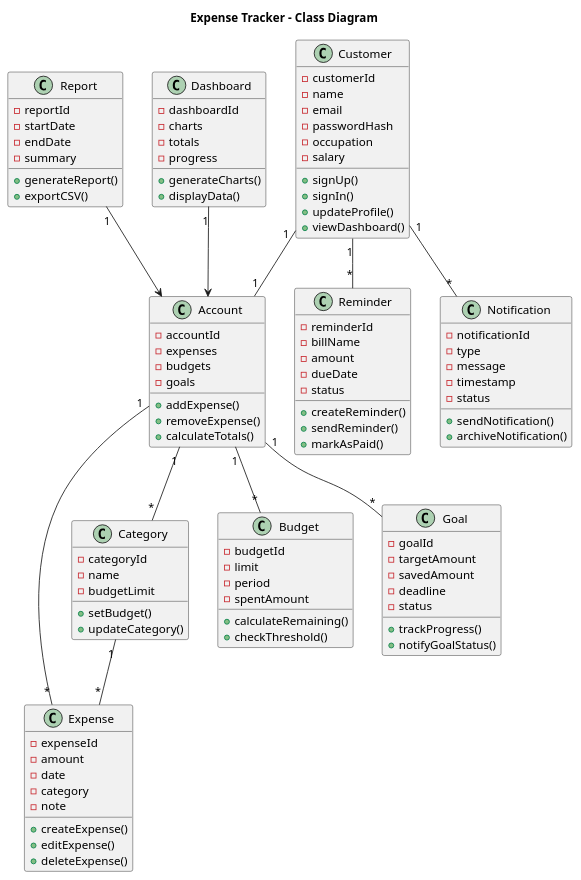
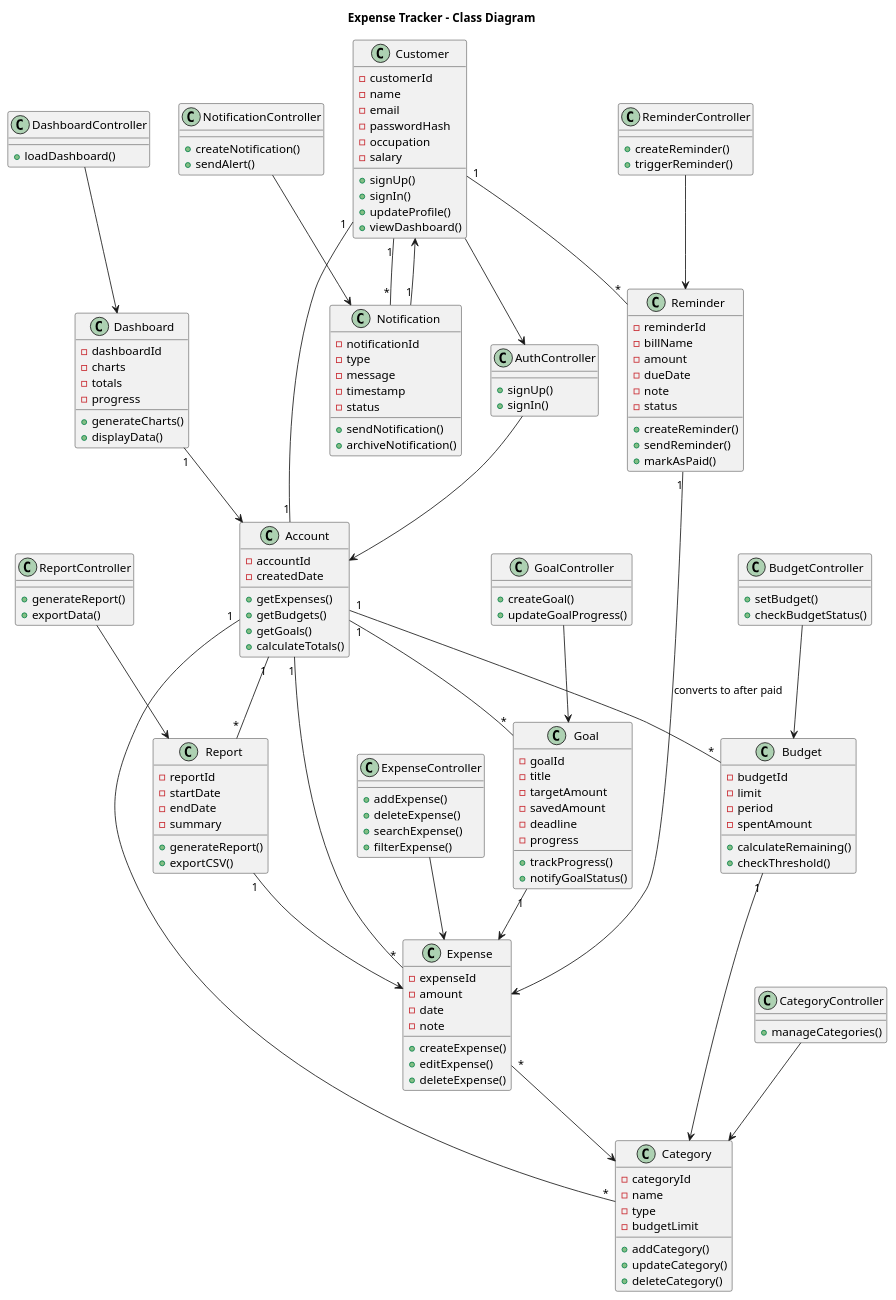
The diagram in project_2/part2.plantuml (TrungVN9/CS5800_SWE), drawn with PlantUML before and after one commit.

Commit message:
completed part 2

```diff
--- a/project_2/part2.plantuml
+++ b/project_2/part2.plantuml
@@ -1,114 +1,190 @@
 @startuml
 title Expense Tracker - Class Diagram
 
+'=========================
+' CORE ACTORS & ENTITIES
+'=========================
 class Customer {
   - customerId
   - name
   - email
   - passwordHash
   - occupation
   - salary
   + signUp()
   + signIn()
   + updateProfile()
   + viewDashboard()
 }
 
 class Account {
   - accountId
-  - expenses
-  - budgets
-  - goals
-  + addExpense()
-  + removeExpense()
+  - createdDate
+  + getExpenses()
+  + getBudgets()
+  + getGoals()
   + calculateTotals()
 }
 
 class Expense {
   - expenseId
   - amount
   - date
-  - category
   - note
   + createExpense()
   + editExpense()
   + deleteExpense()
 }
 
 class Category {
   - categoryId
   - name
+  - type
   - budgetLimit
-  + setBudget()
+  + addCategory()
   + updateCategory()
+  + deleteCategory()
 }
 
 class Budget {
   - budgetId
   - limit
   - period
   - spentAmount
   + calculateRemaining()
   + checkThreshold()
 }
 
 class Goal {
   - goalId
+  - title
   - targetAmount
   - savedAmount
   - deadline
-  - status
+  - progress
   + trackProgress()
   + notifyGoalStatus()
 }
 
 class Reminder {
   - reminderId
   - billName
   - amount
   - dueDate
+  - note
   - status
   + createReminder()
   + sendReminder()
   + markAsPaid()
 }
 
 class Notification {
   - notificationId
   - type
   - message
   - timestamp
   - status
   + sendNotification()
   + archiveNotification()
 }
 
 class Report {
   - reportId
   - startDate
   - endDate
   - summary
   + generateReport()
   + exportCSV()
 }
 
 class Dashboard {
   - dashboardId
   - charts
   - totals
   - progress
   + generateCharts()
   + displayData()
 }
 
+'=========================
+' CONTROLLERS / SERVICES (for sequence + expansion)
+'=========================
+class AuthController {
+  + signUp()
+  + signIn()
+}
+
+class ExpenseController {
+  + addExpense()
+  + deleteExpense()
+  + searchExpense()
+  + filterExpense()
+}
+
+class DashboardController {
+  + loadDashboard()
+}
+
+class CategoryController {
+  + manageCategories()
+}
+
+class BudgetController {
+  + setBudget()
+  + checkBudgetStatus()
+}
+
+class GoalController {
+  + createGoal()
+  + updateGoalProgress()
+}
+
+class ReportController {
+  + generateReport()
+  + exportData()
+}
+
+class NotificationController {
+  + createNotification()
+  + sendAlert()
+}
+
+class ReminderController {
+  + createReminder()
+  + triggerReminder()
+}
+
+'=========================
+' ASSOCIATIONS
+'=========================
 Customer "1" -- "1" Account
 Account "1" -- "*" Expense
 Account "1" -- "*" Category
 Account "1" -- "*" Budget
 Account "1" -- "*" Goal
+Account "1" -- "*" Report
 Customer "1" -- "*" Reminder
 Customer "1" -- "*" Notification
-Category "1" -- "*" Expense
 Dashboard "1" --> Account
-Report "1" --> Account
+Expense "*" --> Category
+Budget "1" --> Category
+Goal "1" --> Expense
+Report "1" --> Expense
+Notification "1" --> Customer
+Reminder "1" --> Expense : converts to after paid
+
+'=========================
+' CONTROLLER RELATIONSHIPS
+'=========================
+Customer --> AuthController
+AuthController --> Account
+ExpenseController --> Expense
+CategoryController --> Category
+BudgetController --> Budget
+GoalController --> Goal
+ReportController --> Report
+DashboardController --> Dashboard
+NotificationController --> Notification
+ReminderController --> Reminder
+
 @enduml
```
